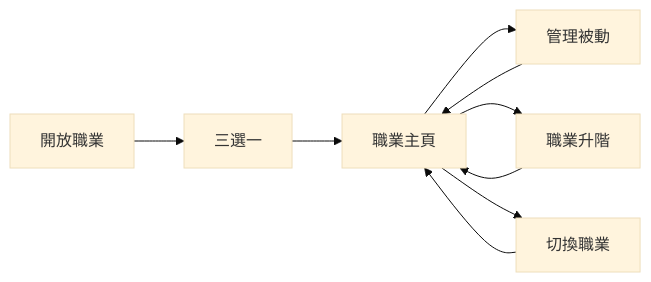
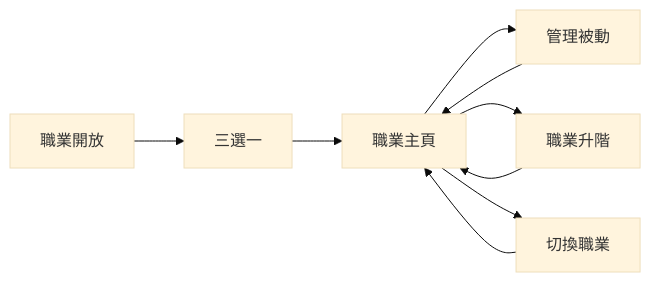
The diagram in 職業系統UIUX Review版.md (hank-jc/career-system-prototype), drawn with Mermaid (base theme) before and after one commit. The commit also changed other lines of this file and 5 other files, not shown here.

````diff
--- a/職業系統UIUX Review版.md
+++ b/職業系統UIUX Review版.md
@@ -10,11 +7,11 @@
 ```mermaid
 flowchart LR
-    A[開放職業] --> B[三選一]
+    A[職業開放] --> B[三選一]
     B --> C[職業主頁]
     C --> D[管理被動]
     C --> E[職業升階]
     C --> F[切換職業]
     D --> C
     E --> C
     F --> C
 ```
````
